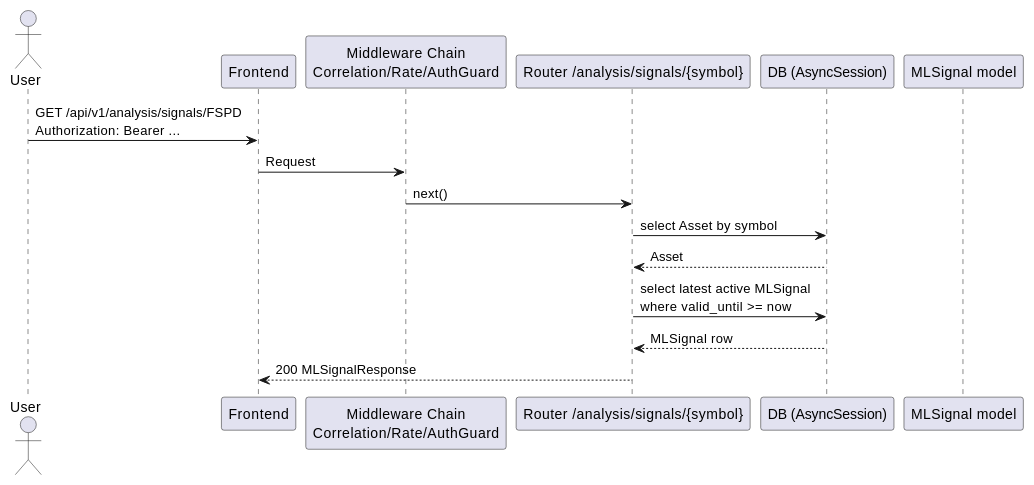
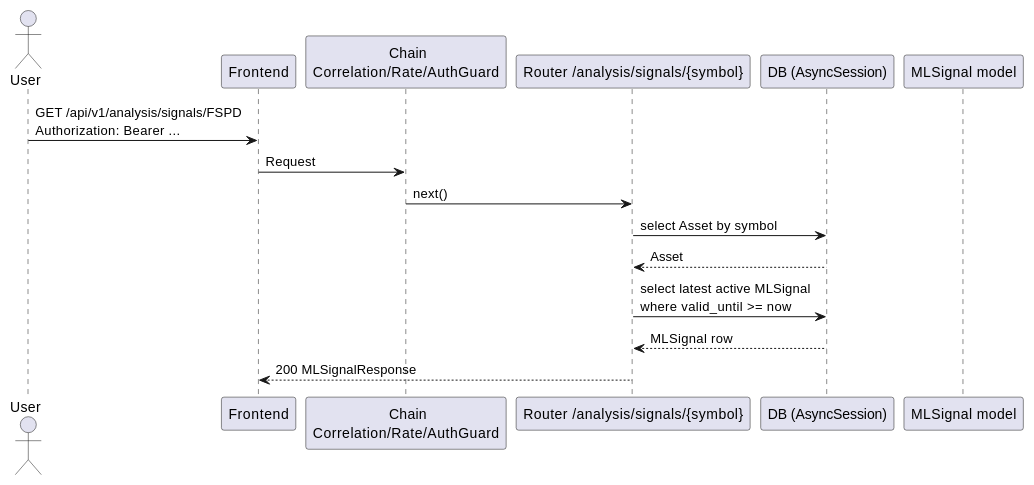
Before and after one commit to Shakour-Data/BedaanWaves: the second of 4 diagrams in docs/02_architecture/ARCH_uml-level4-sequences_v1.md, drawn with PlantUML. The commit also changed other lines of this file and 30 other files, not shown here.

````diff
--- a/docs/02_architecture/ARCH_uml-level4-sequences_v1.md
+++ b/docs/02_architecture/ARCH_uml-level4-sequences_v1.md
@@ -30,19 +30,19 @@
 ```plantuml
 @startuml
 actor User
 participant "Frontend" as FE
-participant "Middleware Chain\nCorrelation/Rate/AuthGuard" as MID
+participant " Chain\nCorrelation/Rate/AuthGuard" as MID
 participant "Router /analysis/signals/{symbol}" as R
 participant "DB (AsyncSession)" as DB
 participant "MLSignal model" as MS
 
 User -> FE : GET /api/v1/analysis/signals/FSPD\nAuthorization: Bearer ...
 FE -> MID : Request
 MID -> R : next()
 R -> DB : select Asset by symbol
 DB --> R : Asset
 R -> DB : select latest active MLSignal\nwhere valid_until >= now
 DB --> R : MLSignal row
 R --> FE : 200 MLSignalResponse
 @enduml
 ```
````
